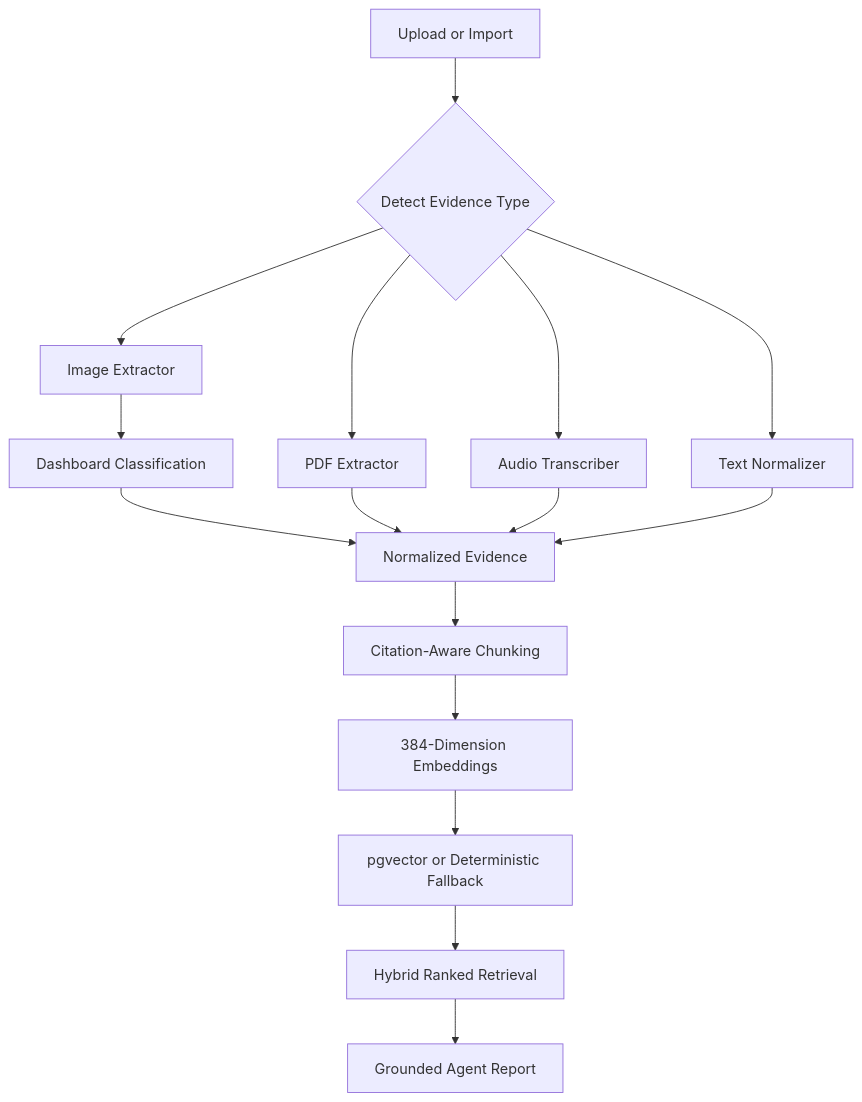
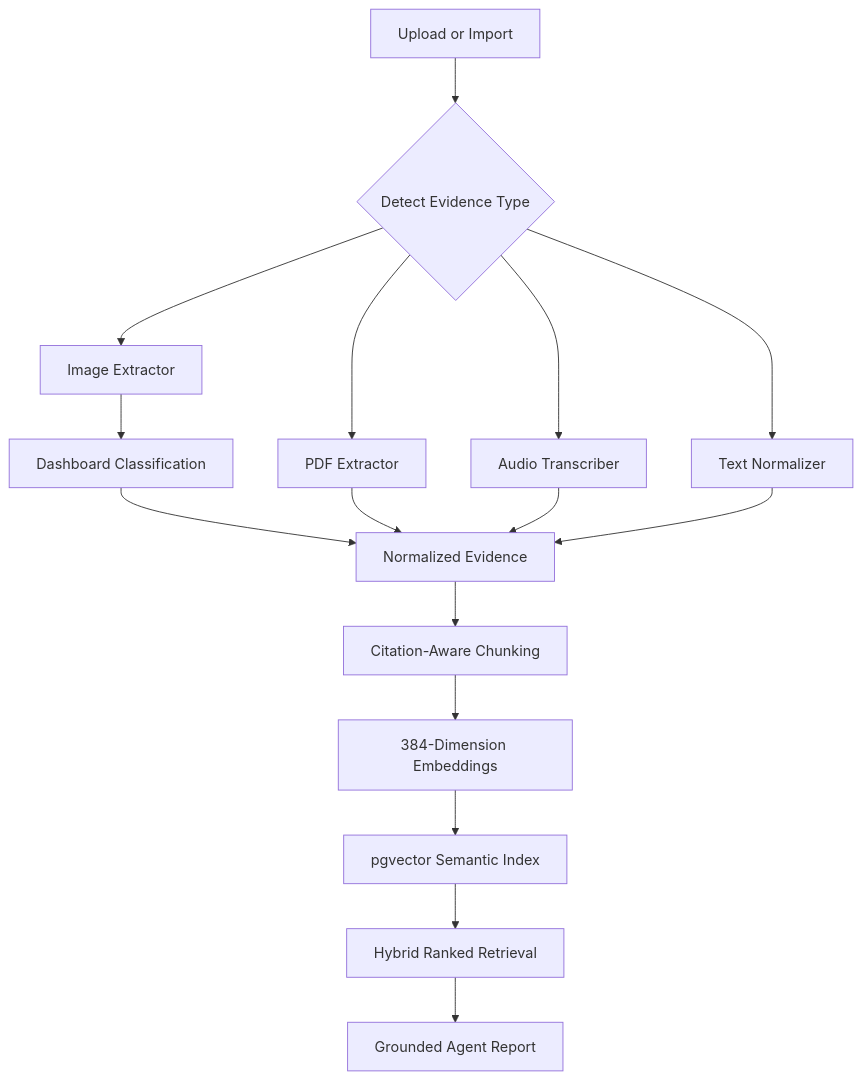
Before and after one commit to InsaneCoder789/IncidentLens: the fourth of 4 diagrams in README.md, drawn with Mermaid. The commit also changed other lines of this file and 59 other files, not shown here.

````diff
--- a/README.md
+++ b/README.md
@@ -184,18 +184,18 @@
 ```mermaid
 flowchart TD
     UPLOAD["Upload or Import"] --> DETECT{"Detect Evidence Type"}
     DETECT --> IMAGE["Image Extractor"]
     DETECT --> PDF["PDF Extractor"]
     DETECT --> AUDIO["Audio Transcriber"]
     DETECT --> TEXT["Text Normalizer"]
     IMAGE --> CLASSIFY["Dashboard Classification"]
     CLASSIFY --> NORMALIZE["Normalized Evidence"]
     PDF --> NORMALIZE
     AUDIO --> NORMALIZE
     TEXT --> NORMALIZE
     NORMALIZE --> CHUNK["Citation-Aware Chunking"]
     CHUNK --> EMBED["384-Dimension Embeddings"]
-    EMBED --> INDEX["pgvector or Deterministic Fallback"]
+    EMBED --> INDEX["pgvector Semantic Index"]
     INDEX --> RETRIEVE["Hybrid Ranked Retrieval"]
     RETRIEVE --> REPORT["Grounded Agent Report"]
 ```
````
